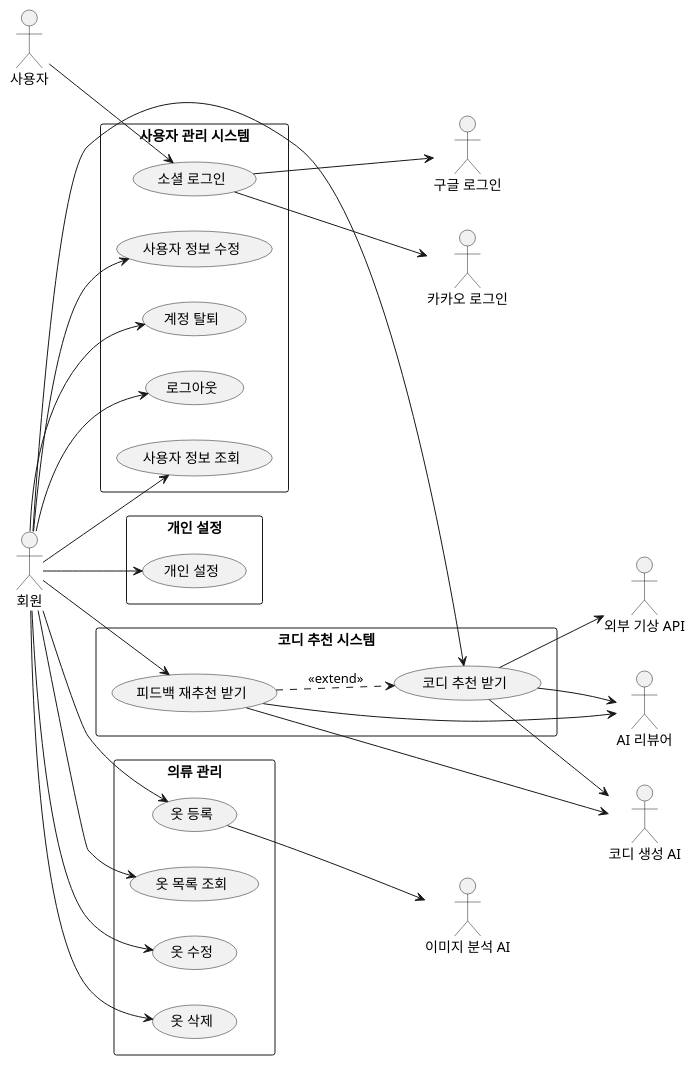
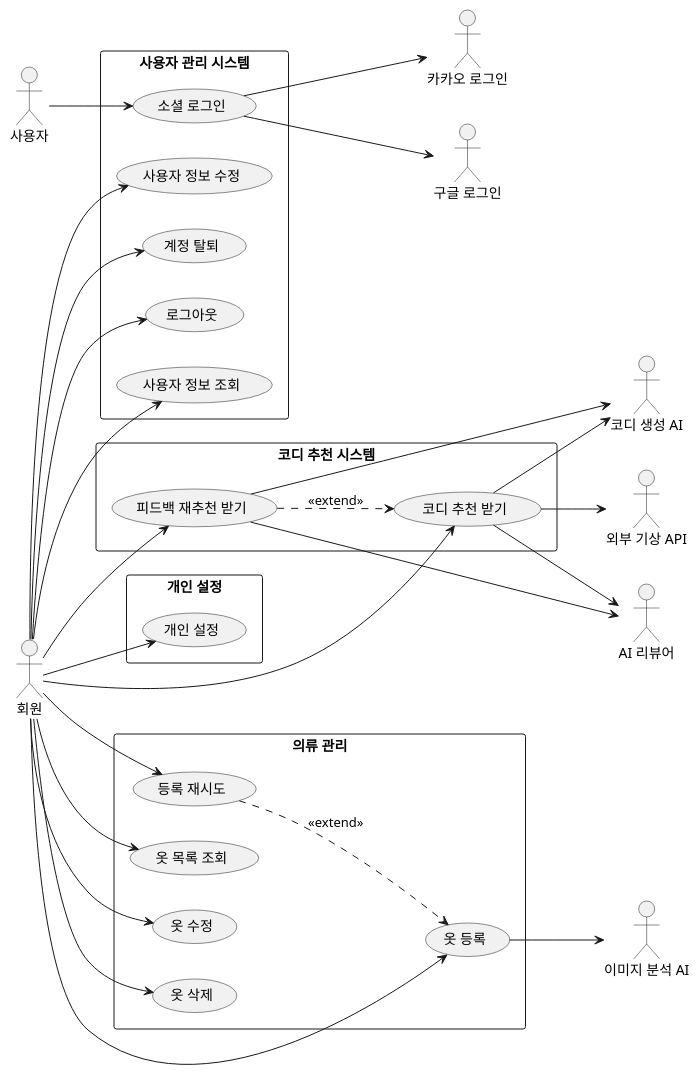
One commit to wzrabbit/closet-fairy-diagrams changed the diagram in src/content/docs/use-cases/system.md. Above: the diagram before and after it, drawn with PlantUML. The commit also changed 2 other files, not shown here.

Commit message:
docs: 등록 재시도를 옷 등록을 확장하는 유스케이스로 드러냄

````diff
--- a/src/content/docs/use-cases/system.md
+++ b/src/content/docs/use-cases/system.md
@@ -10,62 +10,65 @@
 ```plantuml
 @startuml
 left to right direction
 skinparam packageStyle rectangle
 skinparam shadowing false
 
 actor "사용자" as User
 actor "회원" as Member
 actor "구글 로그인" as Google
 actor "카카오 로그인" as Kakao
 actor "이미지 분석 AI" as ImageAI
 actor "코디 생성 AI" as CodyAI
 actor "AI 리뷰어" as Reviewer
 actor "외부 기상 API" as Weather
 
 rectangle "사용자 관리 시스템" {
   usecase "소셜 로그인" as Login
   usecase "로그아웃" as Logout
   usecase "사용자 정보 조회" as ViewUser
   usecase "사용자 정보 수정" as EditUser
   usecase "계정 탈퇴" as Withdraw
 }
 
 rectangle "개인 설정" {
   usecase "개인 설정" as Settings
 }
 
 rectangle "의류 관리" {
   usecase "옷 등록" as ClothAdd
+  usecase "등록 재시도" as ClothRetry
   usecase "옷 목록 조회" as ClothList
   usecase "옷 수정" as ClothEdit
   usecase "옷 삭제" as ClothDelete
 }
 
 rectangle "코디 추천 시스템" {
   usecase "코디 추천 받기" as Recommend
   usecase "피드백 재추천 받기" as Refeedback
 }
 
 User --> Login
 Login --> Google
 Login --> Kakao
 Member --> Logout
 Member --> ViewUser
 Member --> EditUser
 Member --> Withdraw
 Member --> Settings
 Member --> ClothAdd
+Member --> ClothRetry
 Member --> ClothList
 Member --> ClothEdit
 Member --> ClothDelete
 Member --> Recommend
 Member --> Refeedback
 ClothAdd --> ImageAI
 Recommend --> CodyAI
 Recommend --> Reviewer
 Recommend --> Weather
 Refeedback --> CodyAI
 Refeedback --> Reviewer
+ClothRetry ..> ClothAdd : <<extend>>
 Refeedback ..> Recommend : <<extend>>
 @enduml
 ```
````
